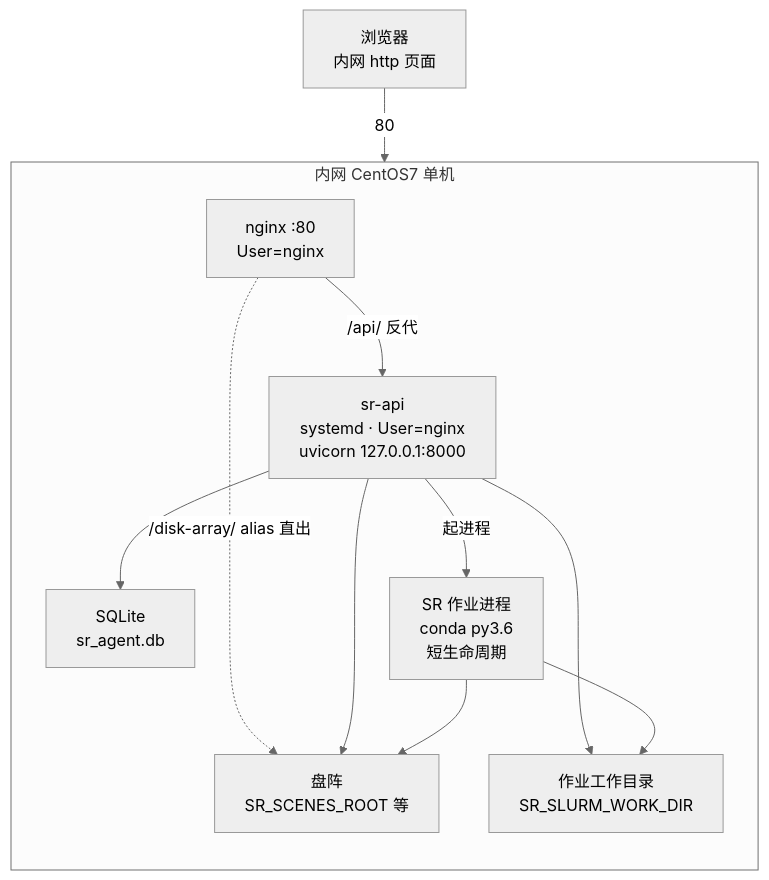
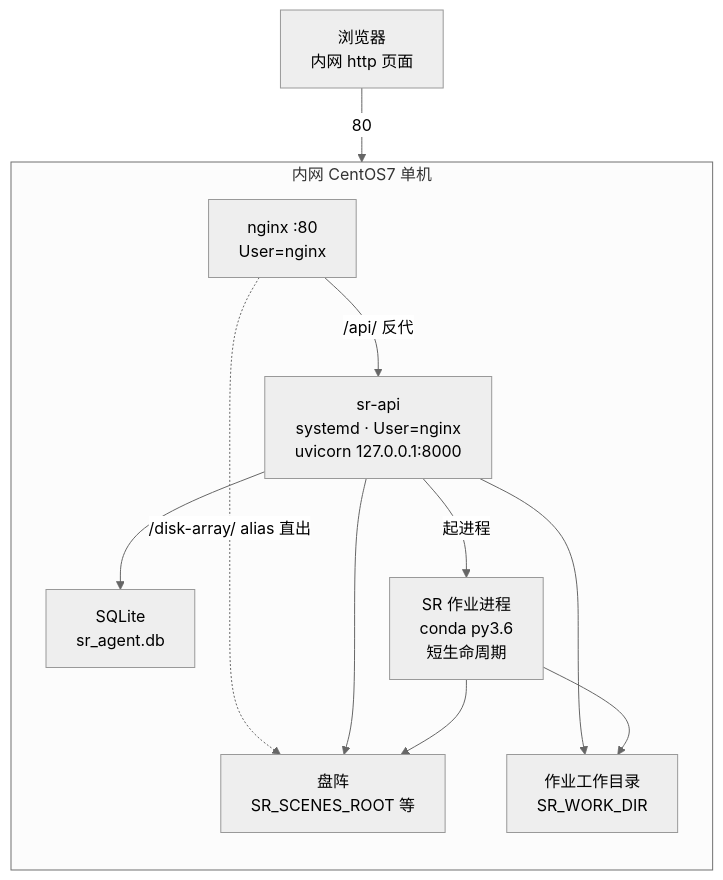
One commit to Jason001028/sr_agent_platform changed the first of 3 diagrams in docs/knowledge/io-pipeline/topology.md. Above: the diagram before and after it, drawn with Mermaid (neutral theme). The commit also changed other lines of this file and 74 other files, not shown here.

````diff
--- a/docs/knowledge/io-pipeline/topology.md
+++ b/docs/knowledge/io-pipeline/topology.md
@@ -15,22 +15,22 @@
 ```mermaid
 flowchart TB
   subgraph HOST["内网 CentOS7 单机"]
     direction TB
     NGX["nginx :80<br/>User=nginx"]
     API["sr-api<br/>systemd · User=nginx<br/>uvicorn 127.0.0.1:8000"]
     SRJOB["SR 作业进程<br/>conda py3.6<br/>短生命周期"]
     DBF["SQLite<br/>sr_agent.db"]
     DISK["盘阵<br/>SR_SCENES_ROOT 等"]
-    WORK["作业工作目录<br/>SR_SLURM_WORK_DIR"]
+    WORK["作业工作目录<br/>SR_WORK_DIR"]
   end
 
   BROWSER["浏览器<br/>内网 http 页面"] -->|"80"| NGX
   NGX -->|"/api/ 反代"| API
   NGX -.->|"/disk-array/ alias 直出"| DISK
   API --> DBF
   API --> DISK
   API --> WORK
   API -->|"起进程"| SRJOB
   SRJOB --> DISK
   SRJOB --> WORK
 ```
````
